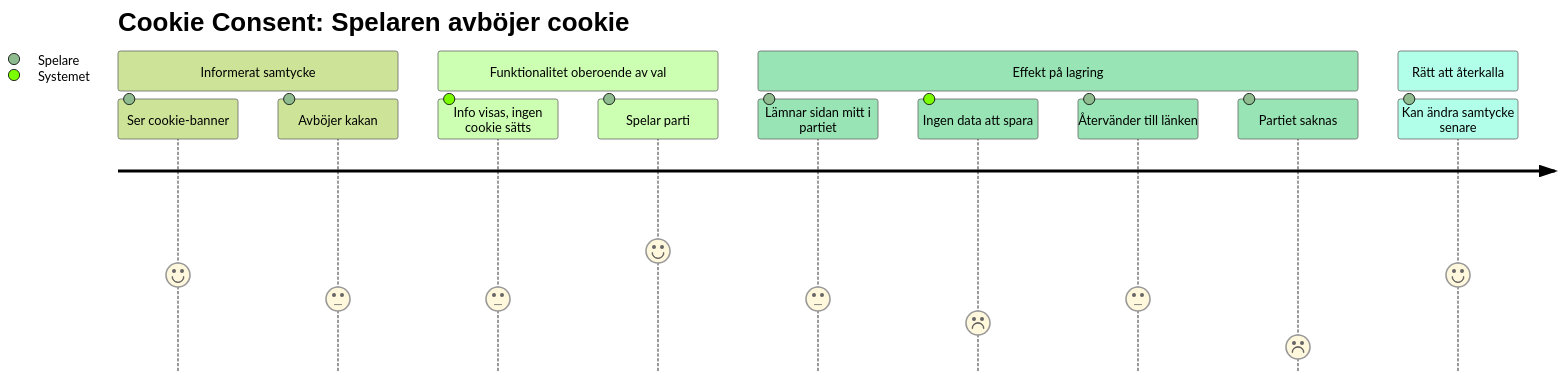
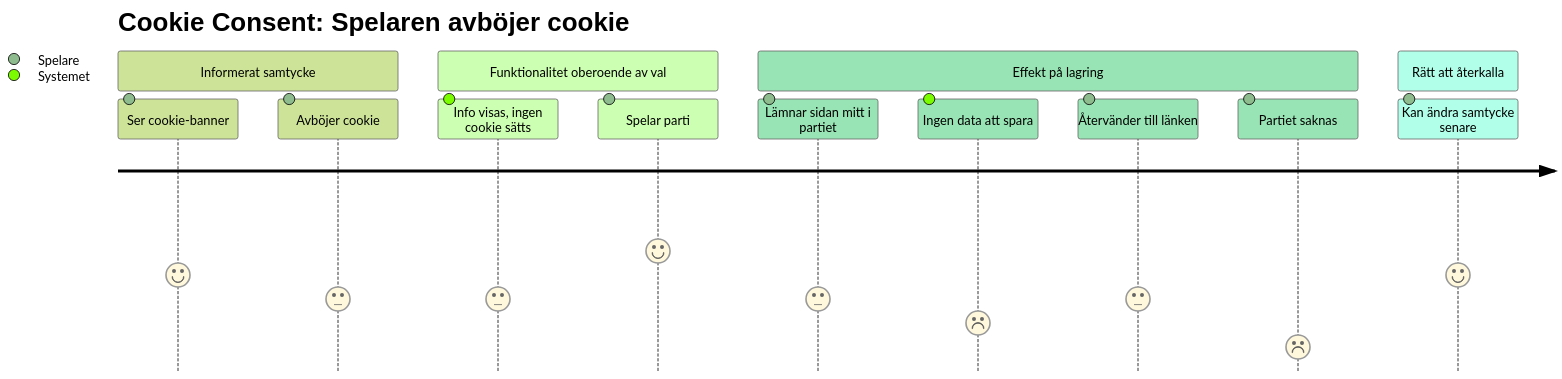
The second of 2 diagrams in docs/requirements/06-user-journey.md (S470-crypto/Grupp-3-Projektarbete), drawn with Mermaid (forest theme) before and after one commit.

Commit message:
Reformat user journey documentation with mermaid

````diff
--- a/docs/requirements/06-user-journey.md
+++ b/docs/requirements/06-user-journey.md
@@ -26,17 +26,17 @@
 ```mermaid
 journey
     title Cookie Consent: Spelaren avböjer cookie
     section Informerat samtycke
         Ser cookie-banner: 4: Spelare
-        Avböjer kakan: 3: Spelare
+        Avböjer cookie: 3: Spelare
     section Funktionalitet oberoende av val
         Info visas, ingen cookie sätts: 3: Systemet
         Spelar parti: 5: Spelare
     section Effekt på lagring
         Lämnar sidan mitt i partiet: 3: Spelare
         Ingen data att spara: 2: Systemet
         Återvänder till länken: 3: Spelare
         Partiet saknas: 1: Spelare
     section Rätt att återkalla 
         Kan ändra samtycke senare: 4: Spelare
 ```
````
